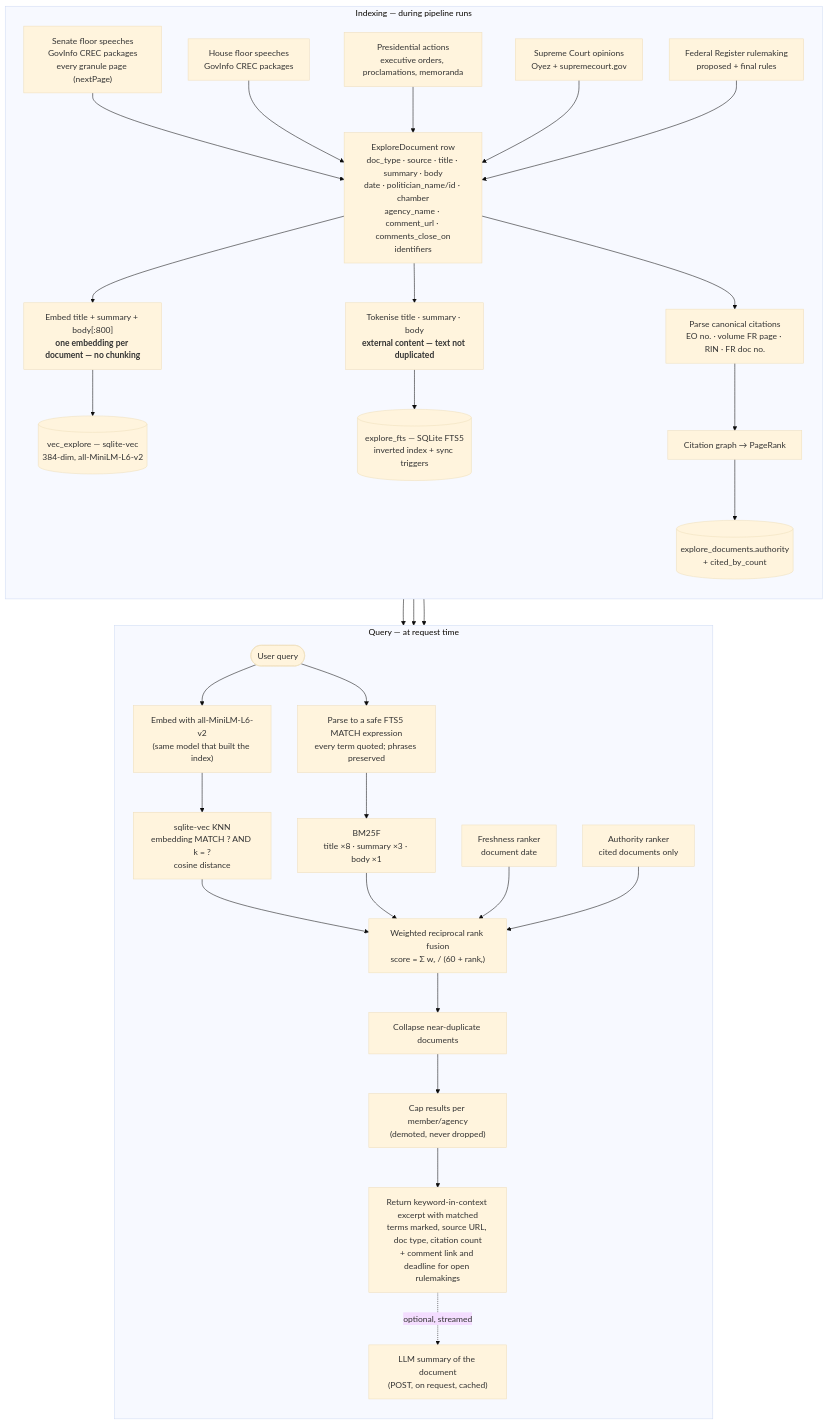
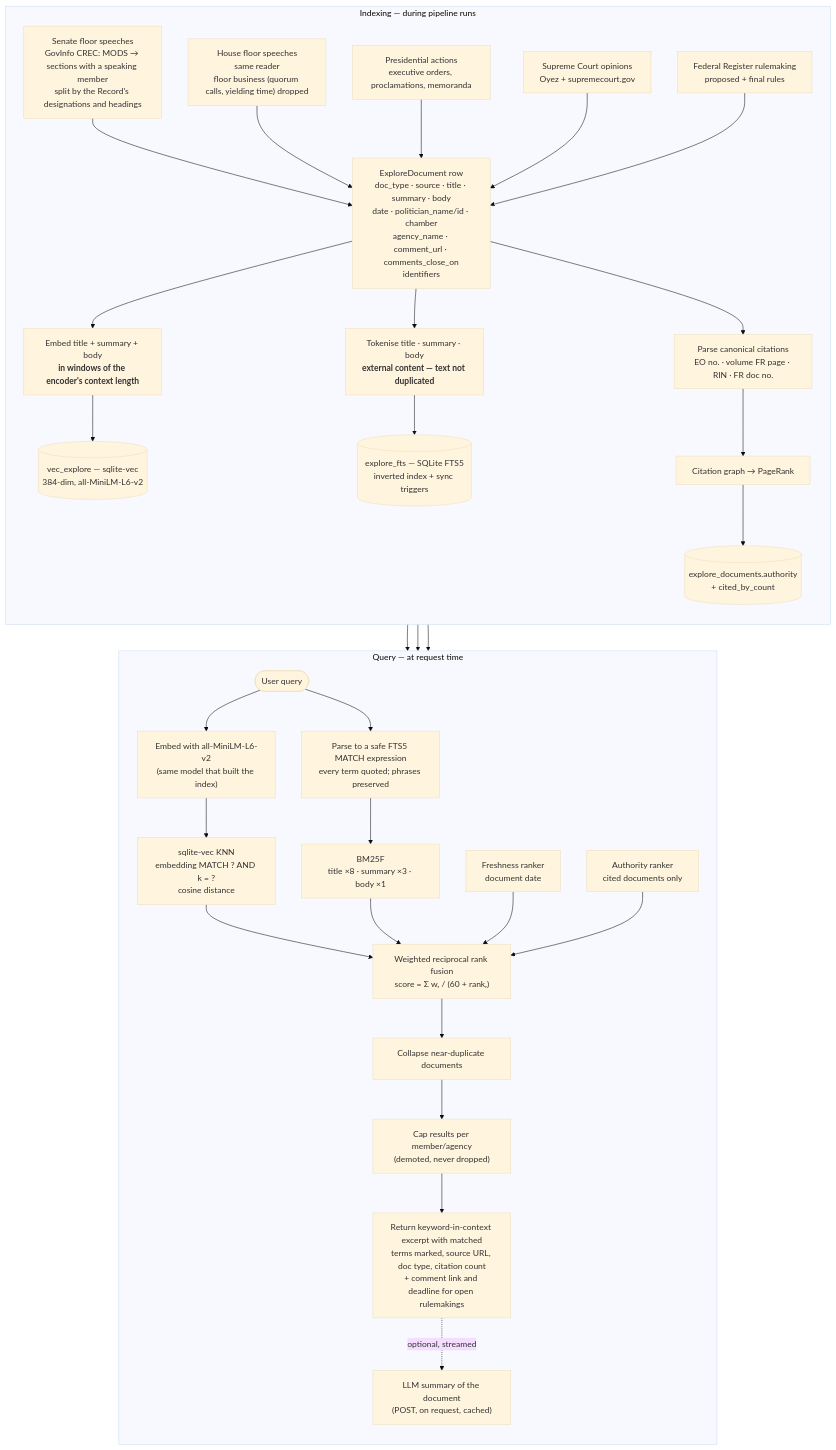
One commit to kamoras/civitas changed the diagram in docs/diagrams/09-explore-search.md. Above: the diagram before and after it, drawn with Mermaid (base theme). The commit also changed other lines of this file and 20 other files, not shown here.

First line of the commit message:
Explore: floor speeches from the Record's own structure

````diff
--- a/docs/diagrams/09-explore-search.md
+++ b/docs/diagrams/09-explore-search.md
@@ -9,53 +9,53 @@
 ```mermaid
 flowchart TB
     subgraph INDEX["Indexing — during pipeline runs"]
         direction TB
-        S1["Senate floor speeches<br/>GovInfo CREC packages<br/>every granule page (nextPage)"]
-        S2["House floor speeches<br/>GovInfo CREC packages"]
+        S1["Senate floor speeches<br/>GovInfo CREC: MODS → sections with a speaking member<br/>split by the Record's designations and headings"]
+        S2["House floor speeches<br/>same reader<br/>floor business (quorum calls, yielding time) dropped"]
         S3["Presidential actions<br/>executive orders, proclamations, memoranda"]
         S4["Supreme Court opinions<br/>Oyez + supremecourt.gov"]
         S5["Federal Register rulemaking<br/>proposed + final rules"]
 
         S1 --> DOC
         S2 --> DOC
         S3 --> DOC
         S4 --> DOC
         S5 --> DOC
 
         DOC["ExploreDocument row<br/>doc_type · source · title · summary · body<br/>date · politician_name/id · chamber<br/>agency_name · comment_url · comments_close_on<br/>identifiers"]
 
-        DOC --> EMB["Embed title + summary + body[:800]<br/><b>one embedding per document — no chunking</b>"]
+        DOC --> EMB["Embed title + summary + body<br/><b>in windows of the encoder's context length</b>"]
         DOC --> FTS["Tokenise title · summary · body<br/><b>external content — text not duplicated</b>"]
         DOC --> CITE["Parse canonical citations<br/>EO no. · volume FR page · RIN · FR doc no."]
 
         EMB --> UPSERT[("vec_explore — sqlite-vec<br/>384-dim, all-MiniLM-L6-v2")]
         FTS --> FTSIDX[("explore_fts — SQLite FTS5<br/>inverted index + sync triggers")]
         CITE --> GRAPH["Citation graph → PageRank"]
         GRAPH --> AUTH[("explore_documents.authority<br/>+ cited_by_count")]
     end
 
     subgraph QUERY["Query — at request time"]
         direction TB
         Q(["User query"])
         Q --> QEMB["Embed with all-MiniLM-L6-v2<br/>(same model that built the index)"]
         Q --> QPARSE["Parse to a safe FTS5 MATCH expression<br/>every term quoted; phrases preserved"]
 
         QEMB --> ANN["sqlite-vec KNN<br/>embedding MATCH ? AND k = ?<br/>cosine distance"]
         QPARSE --> BM25["BM25F<br/>title ×8 · summary ×3 · body ×1"]
 
         ANN --> FUSE
         BM25 --> FUSE
         FRESH["Freshness ranker<br/>document date"] --> FUSE
         AUTHR["Authority ranker<br/>cited documents only"] --> FUSE
 
         FUSE["Weighted reciprocal rank fusion<br/>score = Σ wᵣ / (60 + rankᵣ)"]
         FUSE --> DEDUP["Collapse near-duplicate documents"]
         DEDUP --> DIV["Cap results per member/agency<br/>(demoted, never dropped)"]
         DIV --> OUT["Return keyword-in-context excerpt with matched<br/>terms marked, source URL, doc type, citation count<br/>+ comment link and deadline for open rulemakings"]
         OUT -.->|"optional, streamed"| SUM["LLM summary of the document<br/>(POST, on request, cached)"]
     end
 
     UPSERT --> ANN
     FTSIDX --> BM25
     AUTH --> AUTHR
 ```
````
